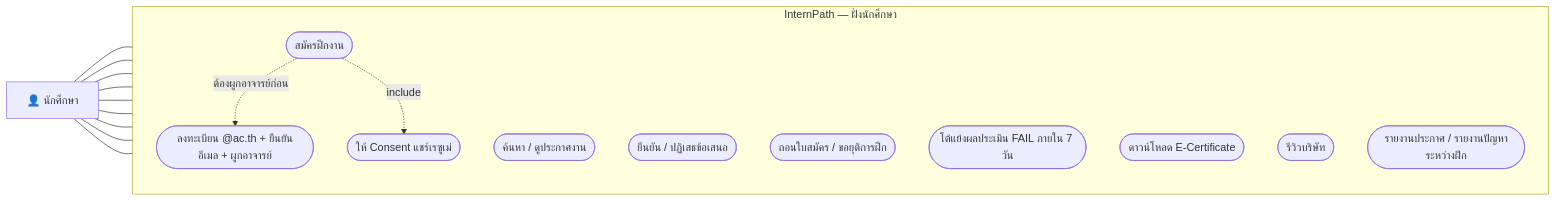
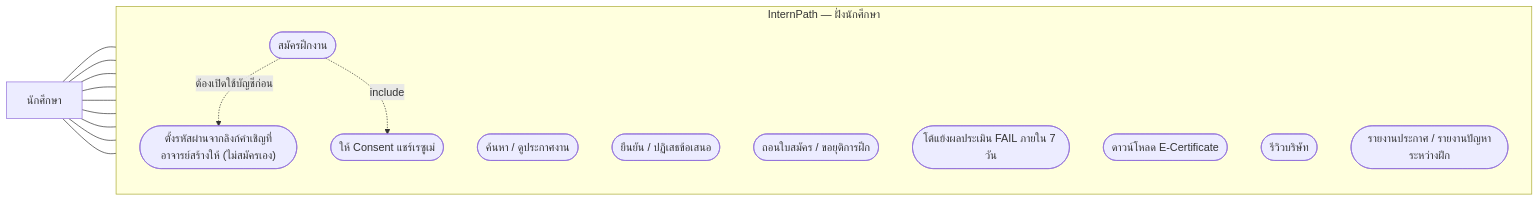
One commit to InternPATHz/InternPATH changed the first of 18 diagrams in docs/diagram.md. Above: the diagram before and after it, drawn with Mermaid. The commit also changed other lines of this file and 224 other files, not shown here.

````diff
--- a/docs/diagram.md
+++ b/docs/diagram.md
@@ -24,30 +24,30 @@
 ```mermaid
 flowchart LR
-    S["👤 นักศึกษา"]
+    S["นักศึกษา"]
 
     subgraph SYS["InternPath — ฝั่งนักศึกษา"]
         direction TB
-        U1(["ลงทะเบียน @ac.th + ยืนยันอีเมล + ผูกอาจารย์"])
+        U1(["ตั้งรหัสผ่านจากลิงก์คำเชิญที่อาจารย์สร้างให้ (ไม่สมัครเอง)"])
         U2(["ค้นหา / ดูประกาศงาน"])
         U3(["สมัครฝึกงาน"])
         U3a(["ให้ Consent แชร์เรซูเม่"])
         U4(["ยืนยัน / ปฏิเสธข้อเสนอ"])
         U5(["ถอนใบสมัคร / ขอยุติการฝึก"])
         U6(["โต้แย้งผลประเมิน FAIL ภายใน 7 วัน"])
         U7(["ดาวน์โหลด E-Certificate"])
         U8(["รีวิวบริษัท"])
         U9(["รายงานประกาศ / รายงานปัญหาระหว่างฝึก"])
     end
 
     S --- U1
     S --- U2
     S --- U3
     S --- U4
     S --- U5
     S --- U6
     S --- U7
     S --- U8
     S --- U9
     U3 -.->|include| U3a
-    U3 -.->|ต้องผูกอาจารย์ก่อน| U1
+    U3 -.->|ต้องเปิดใช้บัญชีก่อน| U1
 ```
````
